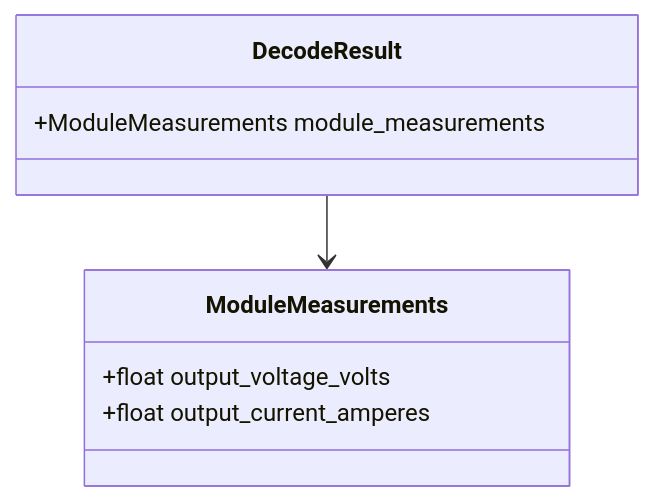
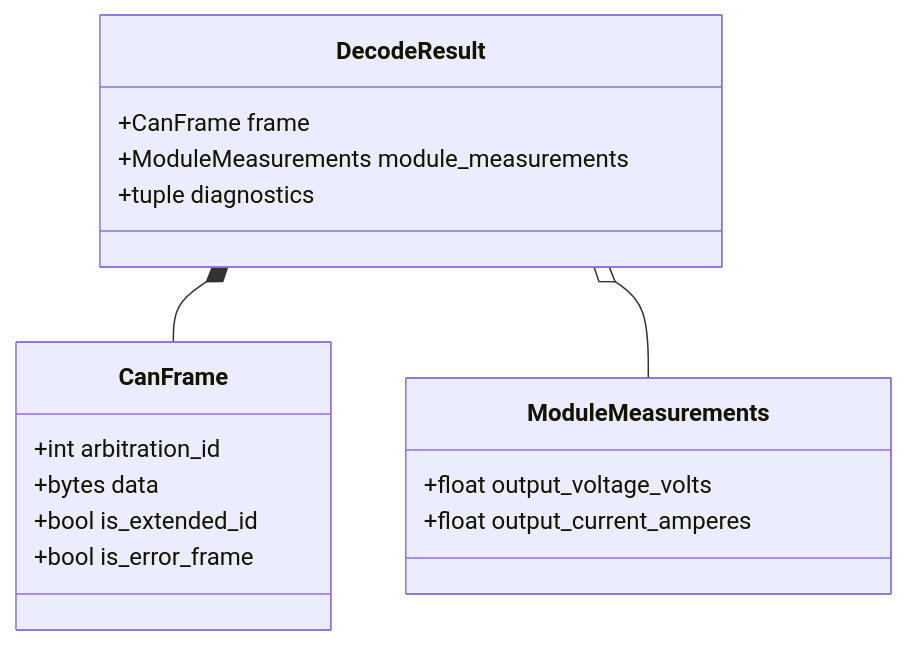
Before and after one commit to benoit-bremaud/can-sniffer: the diagram in docs/architecture/diagrams/module-measurements/03-class.md, drawn with Mermaid. The commit also changed other lines of this file and 5 other files, not shown here.

Commit message:
docs(protocol): document individual module measurements

````diff
--- a/docs/architecture/diagrams/module-measurements/03-class.md
+++ b/docs/architecture/diagrams/module-measurements/03-class.md
@@ -10,11 +13,20 @@
 ```mermaid
 classDiagram
     class ModuleMeasurements {
         +float output_voltage_volts
         +float output_current_amperes
     }
+    class CanFrame {
+        +int arbitration_id
+        +bytes data
+        +bool is_extended_id
+        +bool is_error_frame
+    }
     class DecodeResult {
+        +CanFrame frame
         +ModuleMeasurements module_measurements
+        +tuple diagnostics
     }
-    DecodeResult --> ModuleMeasurements
+    DecodeResult *-- CanFrame
+    DecodeResult o-- ModuleMeasurements
 ```
````
